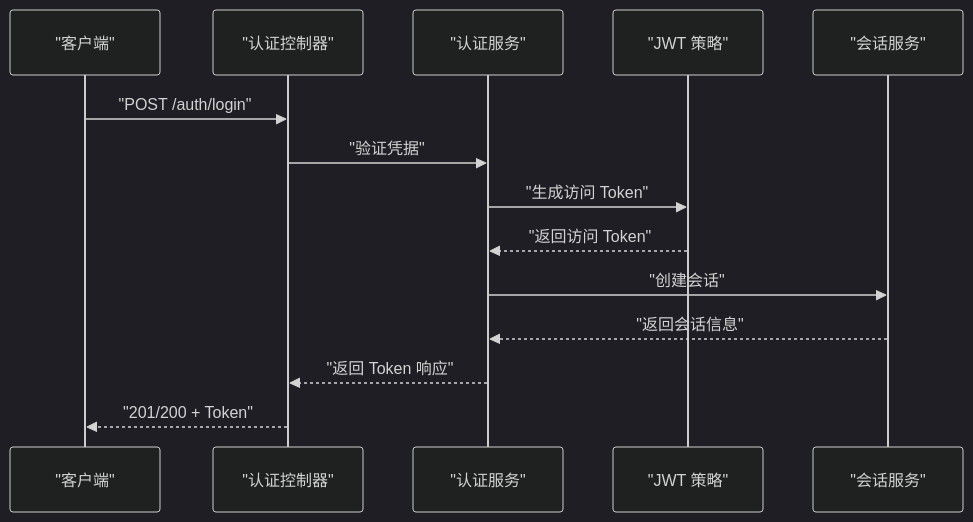
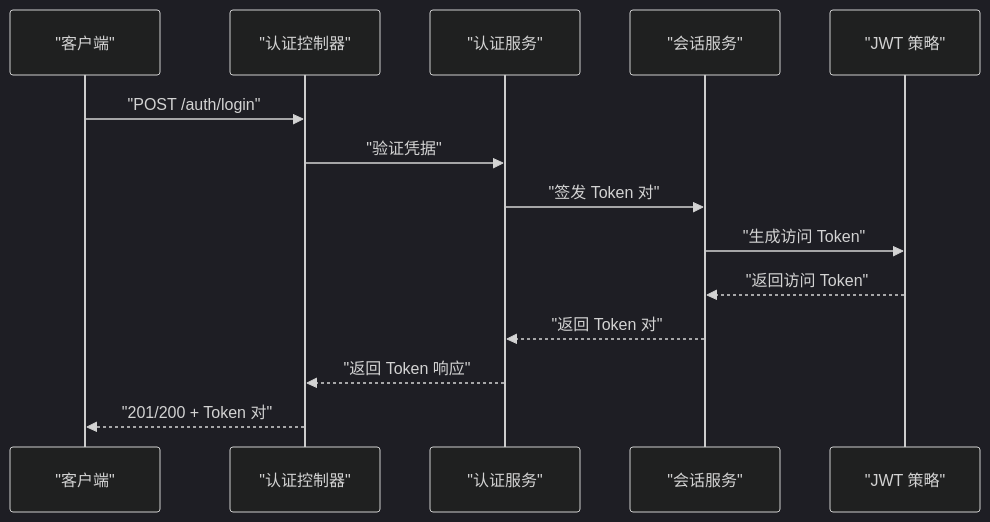
Before and after one commit to rc558620/purelyprofit-server: the fifth of 12 diagrams in .qoder/repowiki/zh/content/认证授权系统/JWT 认证机制.md, drawn with Mermaid (dark theme). The commit also changed other lines of this file and 55 other files, not shown here.

````diff
--- a/.qoder/repowiki/zh/content/认证授权系统/JWT 认证机制.md
+++ b/.qoder/repowiki/zh/content/认证授权系统/JWT 认证机制.md
@@ -215,16 +230,16 @@
 ```mermaid
 sequenceDiagram
 participant Client as "客户端"
 participant Ctrl as "认证控制器"
 participant AuthSvc as "认证服务"
+participant SessionSvc as "会话服务"
 participant PassStrat as "JWT 策略"
-participant Session as "会话服务"
 Client->>Ctrl : "POST /auth/login"
 Ctrl->>AuthSvc : "验证凭据"
-AuthSvc->>PassStrat : "生成访问 Token"
-PassStrat-->>AuthSvc : "返回访问 Token"
-AuthSvc->>Session : "创建会话"
-Session-->>AuthSvc : "返回会话信息"
+AuthSvc->>SessionSvc : "签发 Token 对"
+SessionSvc->>PassStrat : "生成访问 Token"
+PassStrat-->>SessionSvc : "返回访问 Token"
+SessionSvc-->>AuthSvc : "返回 Token 对"
 AuthSvc-->>Ctrl : "返回 Token 响应"
-Ctrl-->>Client : "201/200 + Token"
+Ctrl-->>Client : "201/200 + Token 对"
 ```
````
